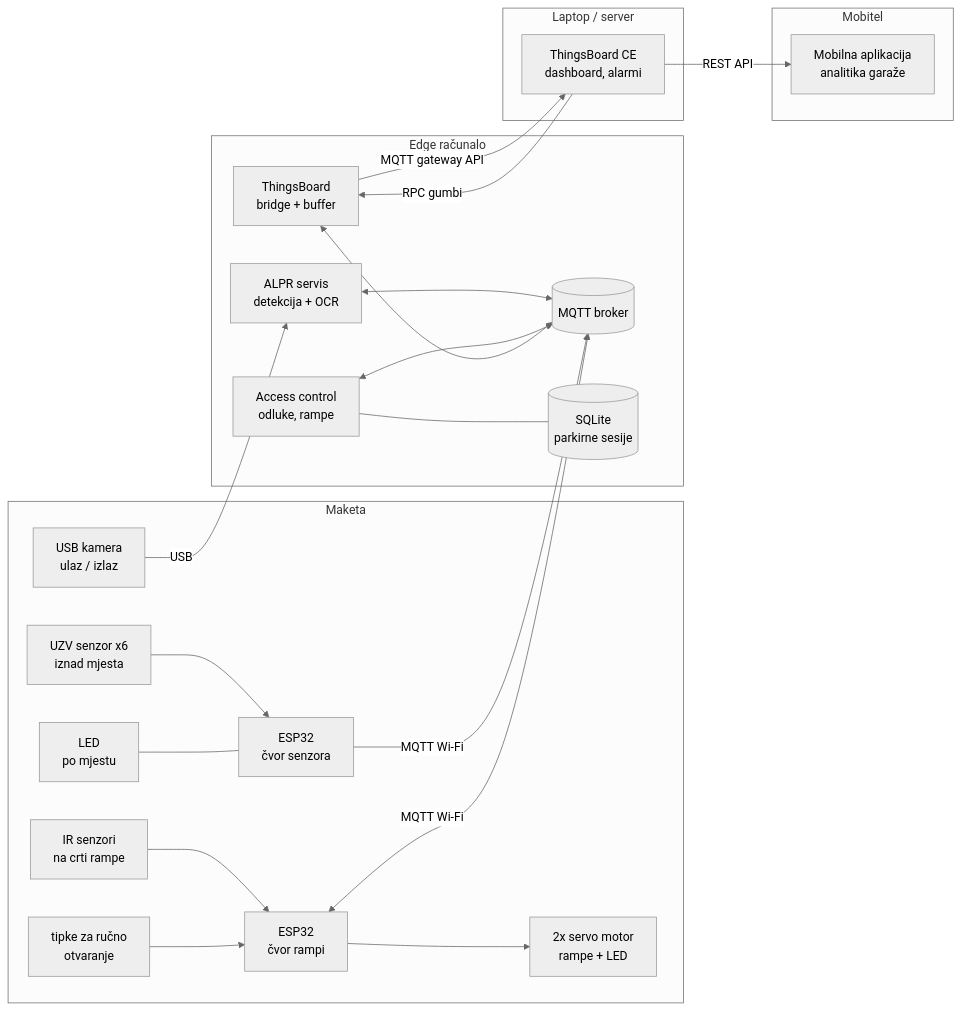
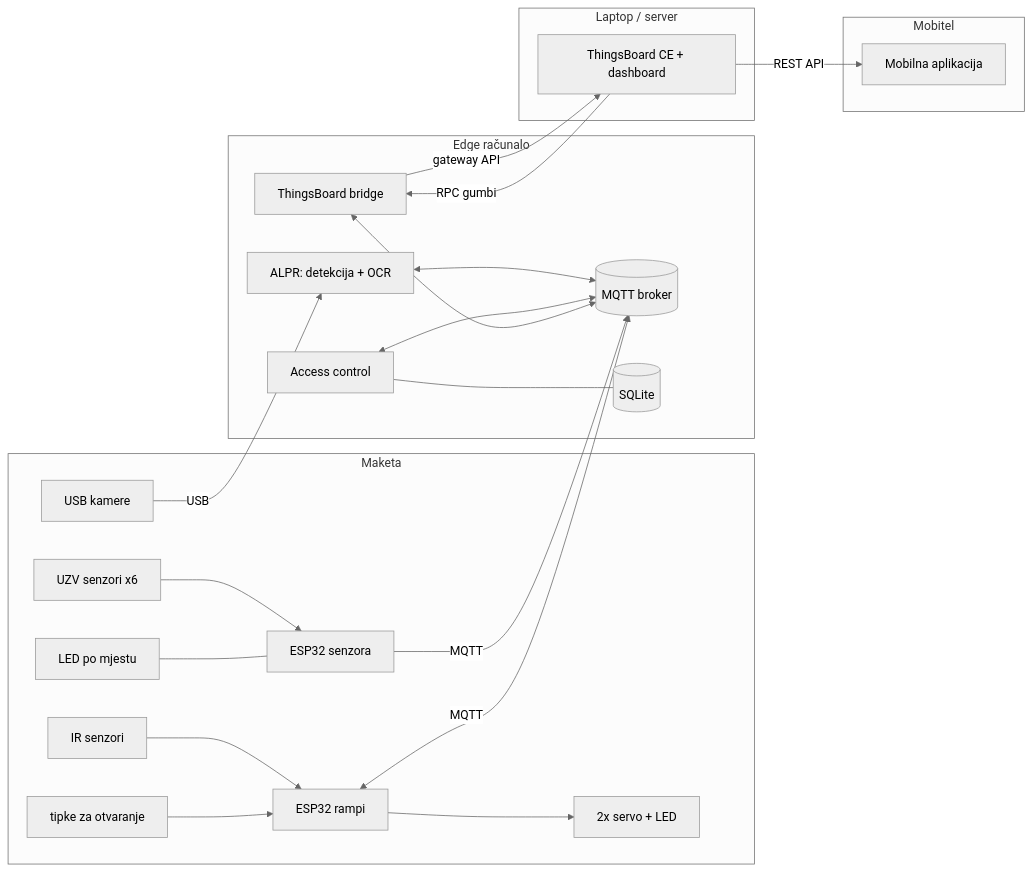
Before and after one commit to iampaviic/IoTGarage: the first of 6 diagrams in PROJEKT/sustav/arhitektura.md, drawn with Mermaid (neutral theme). The commit also changed other lines of this file, not shown here.

First line of the commit message:
Architecture: fix variant B flows, make diagram text fit

````diff
--- a/PROJEKT/sustav/arhitektura.md
+++ b/PROJEKT/sustav/arhitektura.md
@@ -18,38 +18,38 @@
 ```mermaid
 flowchart LR
   subgraph Maketa
-    S1[UZV senzor x6<br/>iznad mjesta] --> ESPS[ESP32<br/>čvor senzora]
-    LED[LED<br/>po mjestu] --- ESPS
-    IR[IR senzori<br/>na crti rampe] --> ESPR[ESP32<br/>čvor rampi]
-    BTN[tipke za ručno<br/>otvaranje] --> ESPR
-    ESPR --> SERVO[2x servo motor<br/>rampe + LED]
-    CAM[USB kamera<br/>ulaz / izlaz]
+    S1[UZV senzori x6] --> ESPS[ESP32 senzora]
+    LED[LED po mjestu] --- ESPS
+    IR[IR senzori] --> ESPR[ESP32 rampi]
+    BTN[tipke za otvaranje] --> ESPR
+    ESPR --> SERVO[2x servo + LED]
+    CAM[USB kamere]
   end
 
   subgraph Edge["Edge računalo"]
     MQ[(MQTT broker)]
-    ALPR[ALPR servis<br/>detekcija + OCR]
-    AC[Access control<br/>odluke, rampe]
-    DB[(SQLite<br/>parkirne sesije)]
-    BR[ThingsBoard<br/>bridge + buffer]
+    ALPR["ALPR: detekcija + OCR"]
+    AC[Access control]
+    DB[(SQLite)]
+    BR[ThingsBoard bridge]
   end
 
   subgraph Oblak["Laptop / server"]
-    TB[ThingsBoard CE<br/>dashboard, alarmi]
+    TB[ThingsBoard CE + dashboard]
   end
 
   subgraph Mobitel
-    APP[Mobilna aplikacija<br/>analitika garaže]
+    APP[Mobilna aplikacija]
   end
 
-  ESPS -- MQTT Wi-Fi --> MQ
-  ESPR <-- MQTT Wi-Fi --> MQ
+  ESPS -- MQTT --> MQ
+  ESPR <-- MQTT --> MQ
   CAM -- USB --> ALPR
   ALPR <--> MQ
   AC <--> MQ
   AC --- DB
   BR <--> MQ
-  BR -- MQTT gateway API --> TB
+  BR -- gateway API --> TB
   TB -- RPC gumbi --> BR
   TB -- REST API --> APP
 ```
````
